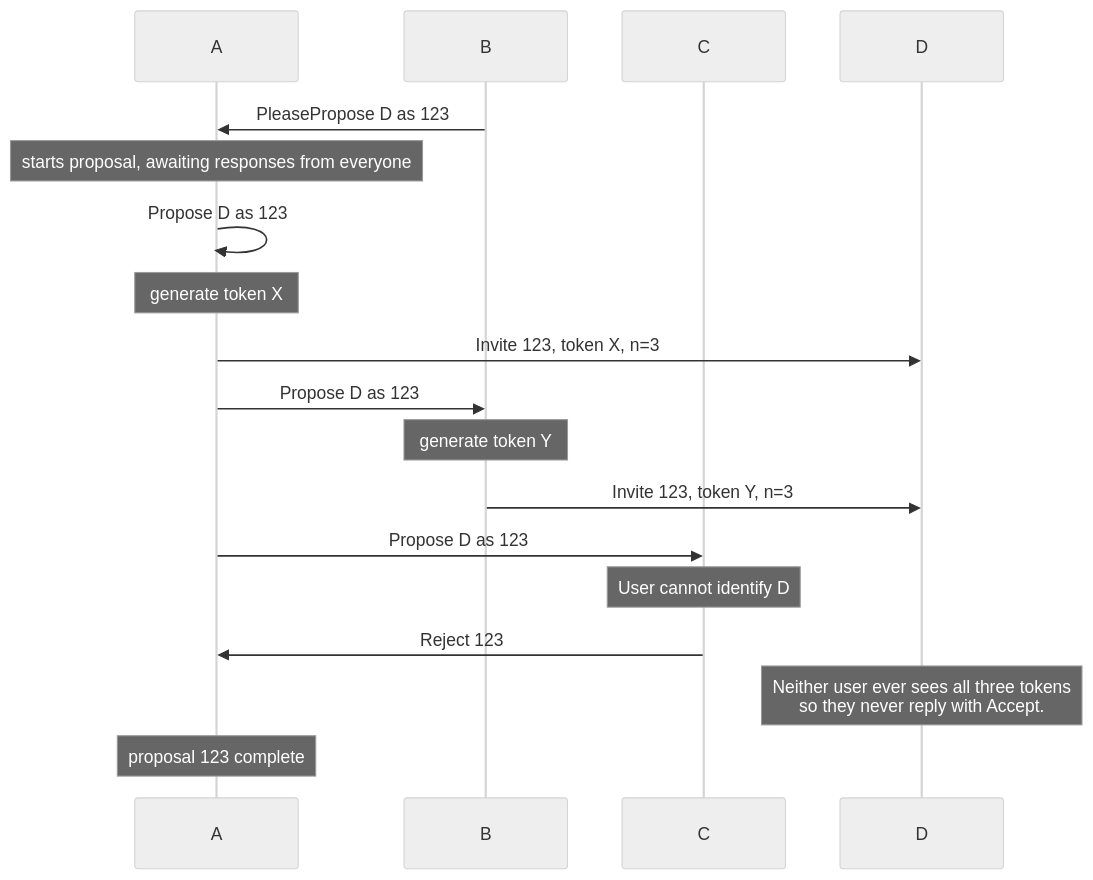
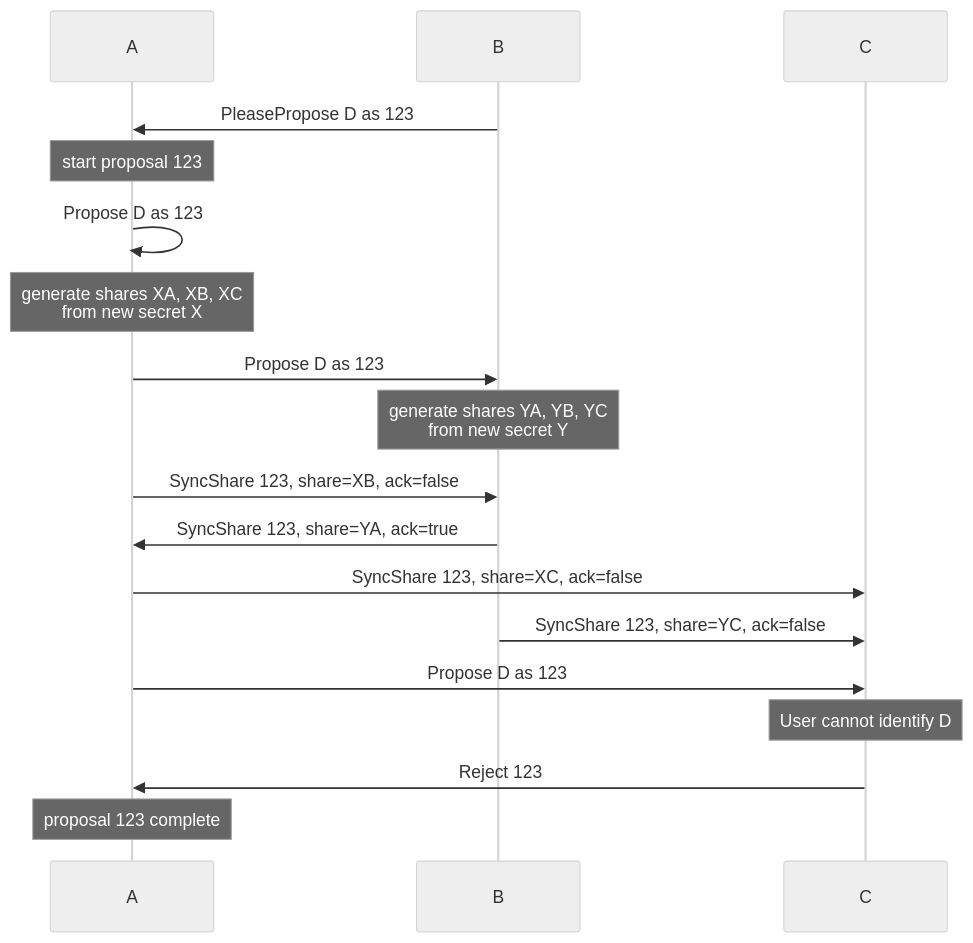
One commit to simplex-chat/simplexmq changed the fifth of 8 diagrams in rfcs/2022-06-11-private-groups.md. Above: the diagram before and after it, drawn with Mermaid (neutral theme). The commit also changed other lines of this file and 1 other file, not shown here.

Commit message:
Update the remainder of the RFC markdown file to describe the secret splitting approach, rather than the original token based approach.

````diff
--- a/rfcs/2022-06-11-private-groups.md
+++ b/rfcs/2022-06-11-private-groups.md
@@ -349,20 +333,20 @@
 ```mermaid
 sequenceDiagram
     participant A
     participant B
     participant C
-    participant D
     B->>A: PleasePropose D as 123
-    note over A: starts proposal, awaiting responses from everyone
+    note over A: start proposal 123
     A->>A: Propose D as 123
-    note over A: generate token X
-    A->>D: Invite 123, token X, n=3
+    note over A: generate shares XA, XB, XC<br>from new secret X
     A->>B: Propose D as 123
-    note over B: generate token Y
-    B->>D: Invite 123, token Y, n=3
+    note over B: generate shares YA, YB, YC<br>from new secret Y
+    A->>B: SyncShare 123, share=XB, ack=false
+    B->>A: SyncShare 123, share=YA, ack=true
+    A->>C: SyncShare 123, share=XC, ack=false
+    B->>C: SyncShare 123, share=YC, ack=false
     A->>C: Propose D as 123
     note over C: User cannot identify D
     C->>A: Reject 123
-    note over D: Neither user ever sees all three tokens<br>so they never reply with Accept.
     note over A: proposal 123 complete
 ```
````
